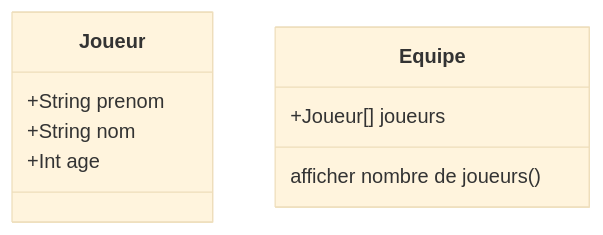
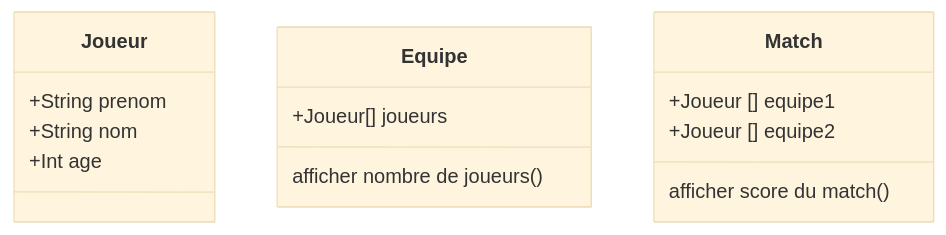
Before and after one commit to areverdy/poo_exo_debut: the third of 3 diagrams in diagrams.md, drawn with Mermaid (base theme). The commit also changed 4 other files, not shown here.

Commit message:
ajout diagramme match

````diff
--- a/diagrams.md
+++ b/diagrams.md
@@ -31,12 +31,18 @@
 ```mermaid
  classDiagram
     class Joueur{
       +String prenom
       +String nom
       +Int age      
     }
     class Equipe{
         +Joueur[] joueurs
         afficher nombre de joueurs()
     }
+    class Match{
+        +Joueur [] equipe1
+        +Joueur [] equipe2
+        afficher score du match()
+    }
+        
  ```
````
